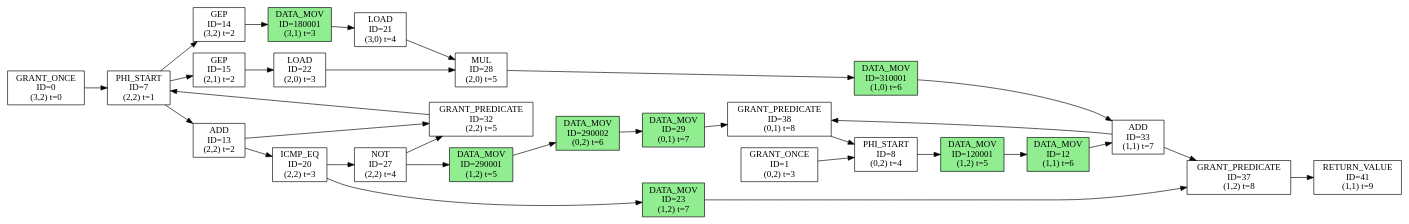
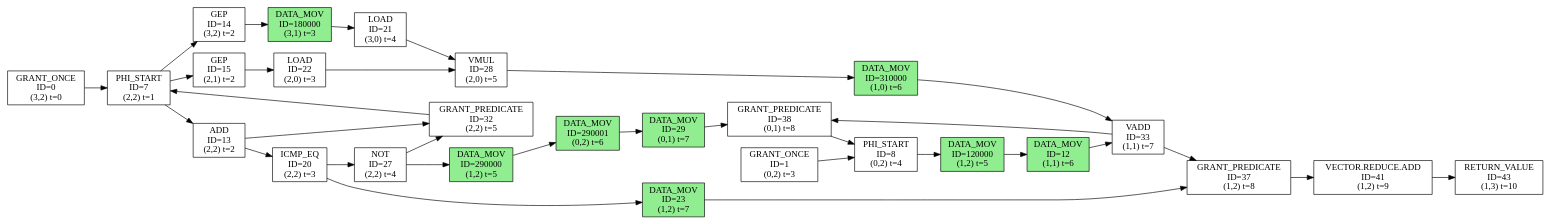
Before and after one commit to sarchlab/Zeonica_Testbench: the diagram in kernel/fir/tmp-generated-dfg.dot, drawn with Graphviz. The commit also changed 33 other files, not shown here.

```diff
--- a/kernel/fir/tmp-generated-dfg.dot
+++ b/kernel/fir/tmp-generated-dfg.dot
@@ -1,59 +1,61 @@
 digraph DFG {
   rankdir=LR;
   node [shape=box, style=filled];
   n0 [label="GRANT_ONCE\nID=0\n(3,2) t=0", fillcolor=white];
   n1 [label="GRANT_ONCE\nID=1\n(0,2) t=3", fillcolor=white];
   n7 [label="PHI_START\nID=7\n(2,2) t=1", fillcolor=white];
   n8 [label="PHI_START\nID=8\n(0,2) t=4", fillcolor=white];
   n12 [label="DATA_MOV\nID=12\n(1,1) t=6", fillcolor=lightgreen];
   n13 [label="ADD\nID=13\n(2,2) t=2", fillcolor=white];
   n14 [label="GEP\nID=14\n(3,2) t=2", fillcolor=white];
   n15 [label="GEP\nID=15\n(2,1) t=2", fillcolor=white];
   n20 [label="ICMP_EQ\nID=20\n(2,2) t=3", fillcolor=white];
   n21 [label="LOAD\nID=21\n(3,0) t=4", fillcolor=white];
   n22 [label="LOAD\nID=22\n(2,0) t=3", fillcolor=white];
   n23 [label="DATA_MOV\nID=23\n(1,2) t=7", fillcolor=lightgreen];
   n27 [label="NOT\nID=27\n(2,2) t=4", fillcolor=white];
-  n28 [label="MUL\nID=28\n(2,0) t=5", fillcolor=white];
+  n28 [label="VMUL\nID=28\n(2,0) t=5", fillcolor=white];
   n29 [label="DATA_MOV\nID=29\n(0,1) t=7", fillcolor=lightgreen];
   n32 [label="GRANT_PREDICATE\nID=32\n(2,2) t=5", fillcolor=white];
-  n33 [label="ADD\nID=33\n(1,1) t=7", fillcolor=white];
+  n33 [label="VADD\nID=33\n(1,1) t=7", fillcolor=white];
   n37 [label="GRANT_PREDICATE\nID=37\n(1,2) t=8", fillcolor=white];
   n38 [label="GRANT_PREDICATE\nID=38\n(0,1) t=8", fillcolor=white];
-  n41 [label="RETURN_VALUE\nID=41\n(1,1) t=9", fillcolor=white];
-  n120001 [label="DATA_MOV\nID=120001\n(1,2) t=5", fillcolor=lightgreen];
-  n180001 [label="DATA_MOV\nID=180001\n(3,1) t=3", fillcolor=lightgreen];
-  n290001 [label="DATA_MOV\nID=290001\n(1,2) t=5", fillcolor=lightgreen];
-  n290002 [label="DATA_MOV\nID=290002\n(0,2) t=6", fillcolor=lightgreen];
-  n310001 [label="DATA_MOV\nID=310001\n(1,0) t=6", fillcolor=lightgreen];
+  n41 [label="VECTOR.REDUCE.ADD\nID=41\n(1,2) t=9", fillcolor=white];
+  n43 [label="RETURN_VALUE\nID=43\n(1,3) t=10", fillcolor=white];
+  n120000 [label="DATA_MOV\nID=120000\n(1,2) t=5", fillcolor=lightgreen];
+  n180000 [label="DATA_MOV\nID=180000\n(3,1) t=3", fillcolor=lightgreen];
+  n290000 [label="DATA_MOV\nID=290000\n(1,2) t=5", fillcolor=lightgreen];
+  n290001 [label="DATA_MOV\nID=290001\n(0,2) t=6", fillcolor=lightgreen];
+  n310000 [label="DATA_MOV\nID=310000\n(1,0) t=6", fillcolor=lightgreen];
   n20 -> n23;
   n23 -> n37;
-  n14 -> n180001;
-  n28 -> n310001;
-  n8 -> n120001;
-  n120001 -> n12;
+  n14 -> n180000;
+  n28 -> n310000;
+  n8 -> n120000;
+  n120000 -> n12;
   n12 -> n33;
-  n27 -> n290001;
-  n290001 -> n290002;
-  n290002 -> n29;
+  n27 -> n290000;
+  n290000 -> n290001;
+  n290001 -> n29;
   n29 -> n38;
+  n41 -> n43;
   n33 -> n38;
-  n310001 -> n33;
+  n310000 -> n33;
   n32 -> n7;
   n0 -> n7;
-  n180001 -> n21;
+  n180000 -> n21;
   n33 -> n37;
   n1 -> n8;
   n15 -> n22;
   n7 -> n13;
   n37 -> n41;
   n7 -> n14;
   n38 -> n8;
   n7 -> n15;
   n20 -> n27;
   n13 -> n32;
   n13 -> n20;
   n27 -> n32;
   n21 -> n28;
   n22 -> n28;
 }
```
